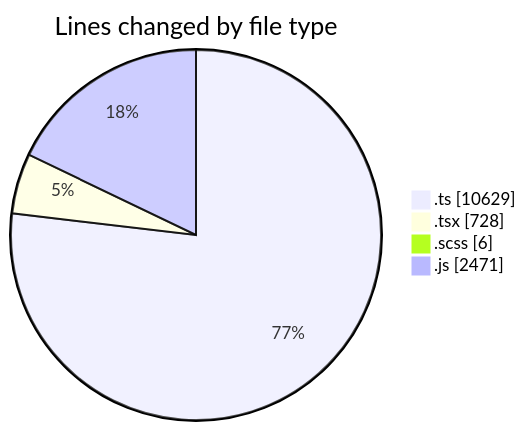
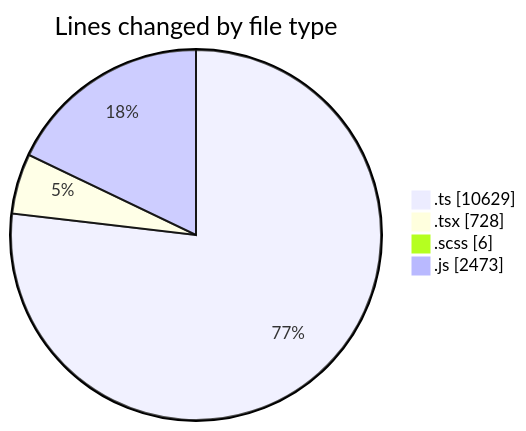
One commit to momahboobian/code-tracking changed the first of 2 diagrams in 2026-03-17/cda/README.md. Above: the diagram before and after it, drawn with Mermaid. The commit also changed other lines of this file and 1 other file, not shown here.

````diff
--- a/2026-03-17/cda/README.md
+++ b/2026-03-17/cda/README.md
@@ -35,8 +35,8 @@
 ```mermaid
 pie showData
 title Lines changed by file type
 ".ts" : 10629
 ".tsx" : 728
 ".scss" : 6
-".js" : 2471
+".js" : 2473
 ```
````
